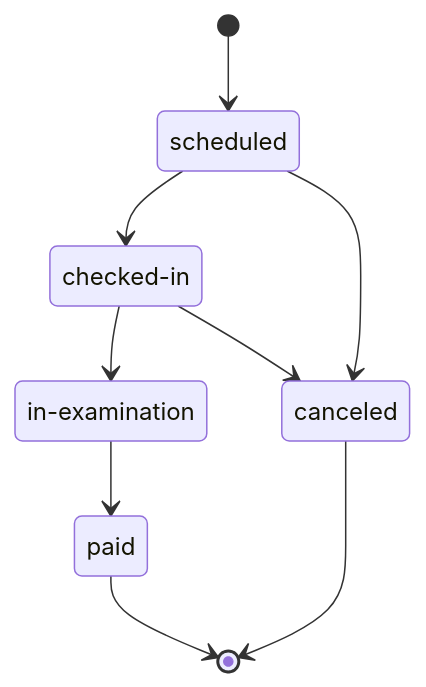
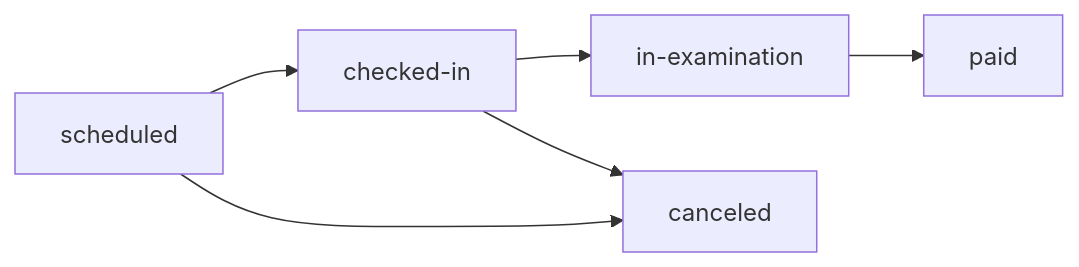
The diagram in apps/kosui-me/src/content/books/animal-clinic/chapters/01-state-modeling.mdx (iwasa-kosui/monorepo), drawn with Mermaid before and after one commit.

Commit message:
fix(kosui-me): 第1章の状態遷移図を flowchart 構文に変更し描画エラーを解消
stateDiagram-v2 + state ... as ... のエイリアス構文が描画時にパースエラーになっていたため、
サイト内で実績のある flowchart LR + 引用符ラベル形式（既存記事と同形式）に切り替えた。
ハイフン入りの状態名は ["..."] ラベルでそのまま表示する。

````diff
--- a/apps/kosui-me/src/content/books/animal-clinic/chapters/01-state-modeling.mdx
+++ b/apps/kosui-me/src/content/books/animal-clinic/chapters/01-state-modeling.mdx
@@ -25,13 +25,13 @@
 ```mermaid
-stateDiagram-v2
-  state "checked-in" as checkedIn
-  state "in-examination" as inExamination
-  [*] --> scheduled
-  scheduled --> checkedIn
-  checkedIn --> inExamination
-  inExamination --> paid
-  scheduled --> canceled
-  checkedIn --> canceled
-  paid --> [*]
-  canceled --> [*]
+flowchart LR
+    scheduled["scheduled"]
+    checkedIn["checked-in"]
+    inExamination["in-examination"]
+    paid["paid"]
+    canceled["canceled"]
+    scheduled --> checkedIn
+    checkedIn --> inExamination
+    inExamination --> paid
+    scheduled --> canceled
+    checkedIn --> canceled
 ```
````
